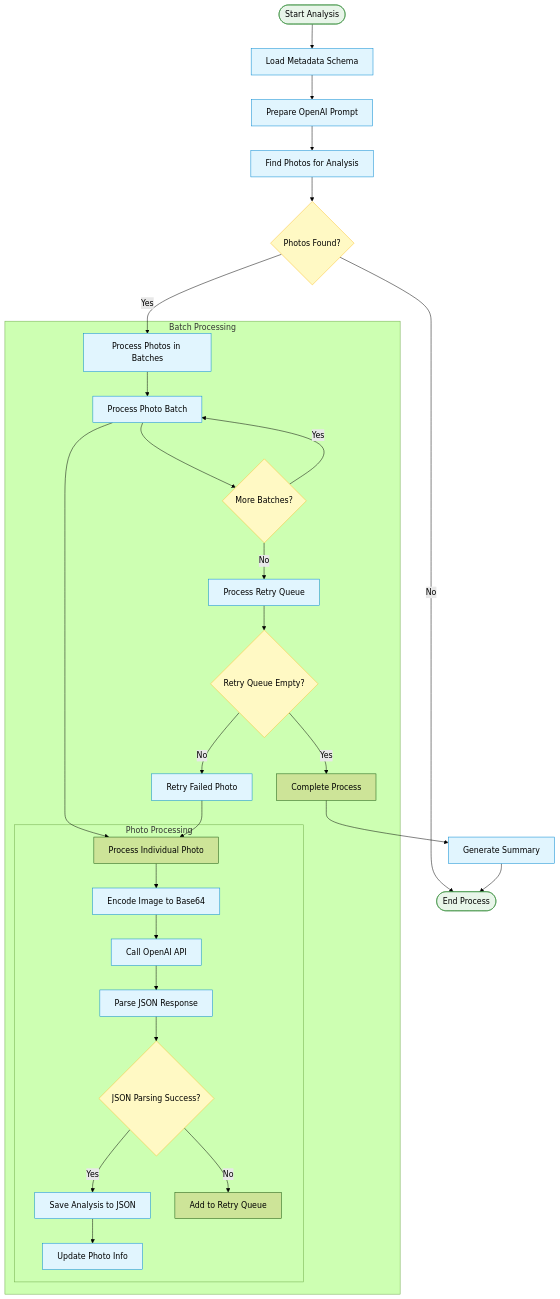
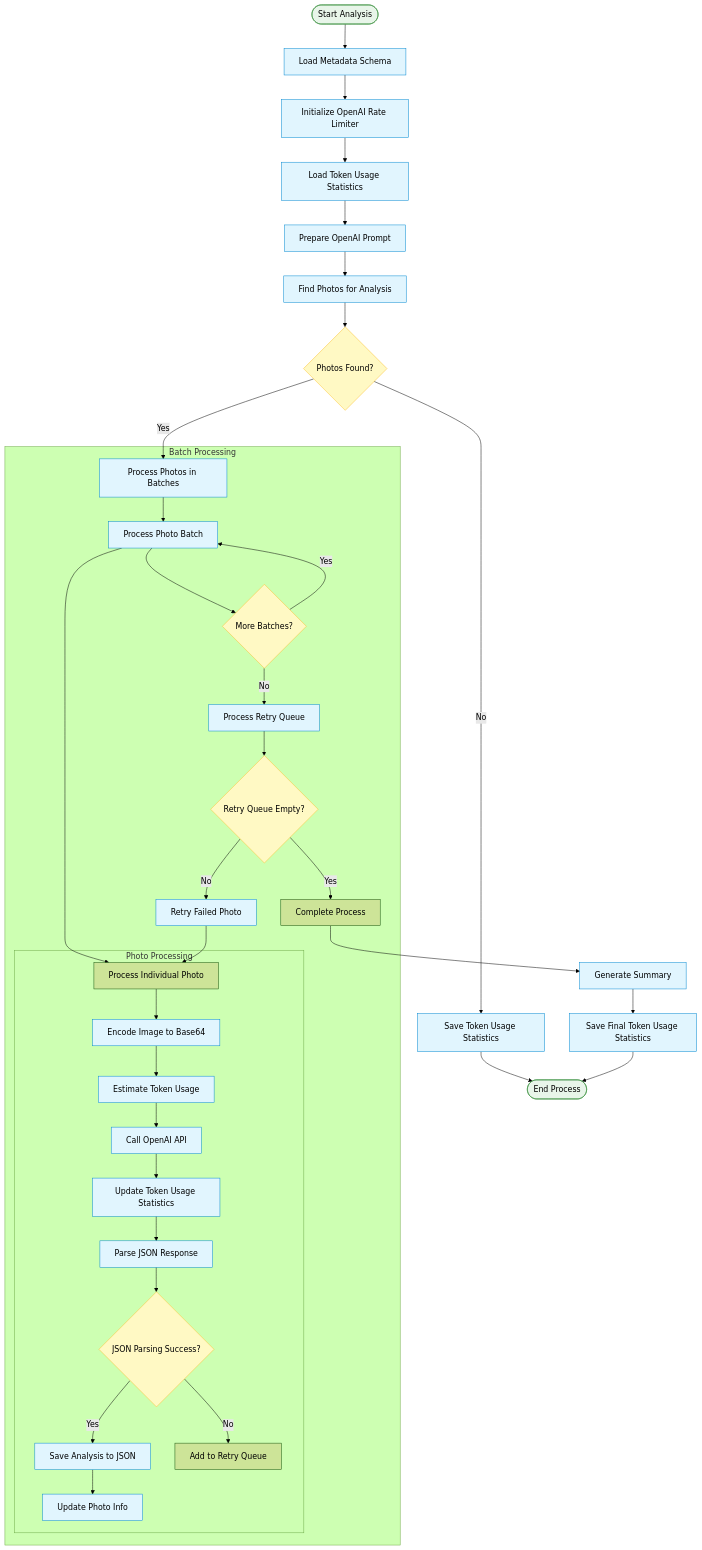
The diagram in docs/diagrams/openai_analysis_workflow.md (DIZ-admin/Agent_new-2), drawn with Mermaid (forest theme) before and after one commit. The commit also changed other lines of this file and 8 other files, not shown here.

Commit message:
Добавлена система отслеживания использования токенов OpenAI API

````diff
--- a/docs/diagrams/openai_analysis_workflow.md
+++ b/docs/diagrams/openai_analysis_workflow.md
@@ -5,45 +5,51 @@
 ```mermaid
 flowchart TD
     Start([Start Analysis]) --> LoadSchema[Load Metadata Schema]
-    LoadSchema --> PreparePrompt[Prepare OpenAI Prompt]
+    LoadSchema --> InitRateLimiter[Initialize OpenAI Rate Limiter]
+    InitRateLimiter --> LoadTokenStats[Load Token Usage Statistics]
+    LoadTokenStats --> PreparePrompt[Prepare OpenAI Prompt]
     PreparePrompt --> FindPhotos[Find Photos for Analysis]
-    
+
     FindPhotos --> CheckEmpty{Photos Found?}
-    CheckEmpty -->|No| End([End Process])
+    CheckEmpty -->|No| SaveTokenStats[Save Token Usage Statistics]
+    SaveTokenStats --> End([End Process])
     CheckEmpty -->|Yes| BatchProcess[Process Photos in Batches]
-    
+
     subgraph "Batch Processing"
         BatchProcess --> ProcessBatch[Process Photo Batch]
         ProcessBatch --> ProcessPhoto[Process Individual Photo]
-        
+
         subgraph "Photo Processing"
             ProcessPhoto --> EncodeImage[Encode Image to Base64]
-            EncodeImage --> CallOpenAI[Call OpenAI API]
-            CallOpenAI --> ParseJSON[Parse JSON Response]
+            EncodeImage --> EstimateTokens[Estimate Token Usage]
+            EstimateTokens --> CallOpenAI[Call OpenAI API]
+            CallOpenAI --> UpdateTokenStats[Update Token Usage Statistics]
+            UpdateTokenStats --> ParseJSON[Parse JSON Response]
             ParseJSON --> CheckSuccess{JSON Parsing Success?}
             CheckSuccess -->|Yes| SaveAnalysis[Save Analysis to JSON]
             CheckSuccess -->|No| AddToRetry[Add to Retry Queue]
             SaveAnalysis --> UpdatePhotoInfo[Update Photo Info]
         end
-        
+
         ProcessBatch --> CheckMoreBatches{More Batches?}
         CheckMoreBatches -->|Yes| ProcessBatch
         CheckMoreBatches -->|No| ProcessRetries[Process Retry Queue]
-        
+
         ProcessRetries --> RetryEmpty{Retry Queue Empty?}
         RetryEmpty -->|No| RetryPhoto[Retry Failed Photo]
         RetryPhoto --> ProcessPhoto
         RetryEmpty -->|Yes| CompleteProcess[Complete Process]
     end
-    
+
     CompleteProcess --> GenerateSummary[Generate Summary]
-    GenerateSummary --> End
-    
-    class LoadSchema,PreparePrompt,FindPhotos,BatchProcess,ProcessBatch,EncodeImage,CallOpenAI,ParseJSON,SaveAnalysis,UpdatePhotoInfo,ProcessRetries,RetryPhoto,GenerateSummary functionCall;
+    GenerateSummary --> SaveFinalStats[Save Final Token Usage Statistics]
+    SaveFinalStats --> End
+
+    class LoadSchema,PreparePrompt,FindPhotos,BatchProcess,ProcessBatch,EncodeImage,CallOpenAI,ParseJSON,SaveAnalysis,UpdatePhotoInfo,ProcessRetries,RetryPhoto,GenerateSummary,InitRateLimiter,LoadTokenStats,EstimateTokens,UpdateTokenStats,SaveTokenStats,SaveFinalStats functionCall;
     class CheckEmpty,CheckSuccess,CheckMoreBatches,RetryEmpty condition;
     class Start,End terminator;
-    
+
     classDef functionCall fill:#e1f5fe,stroke:#0288d1,stroke-width:1px;
     classDef condition fill:#fff9c4,stroke:#fbc02d,stroke-width:1px;
     classDef terminator fill:#e8f5e9,stroke:#388e3c,stroke-width:1px;
 ```
````
